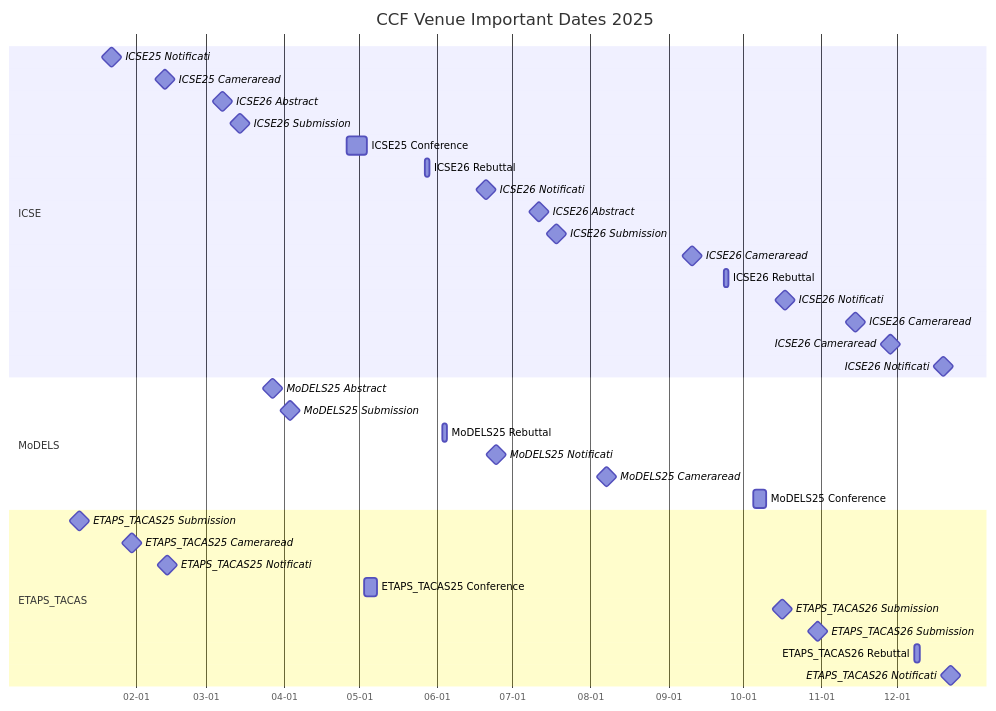
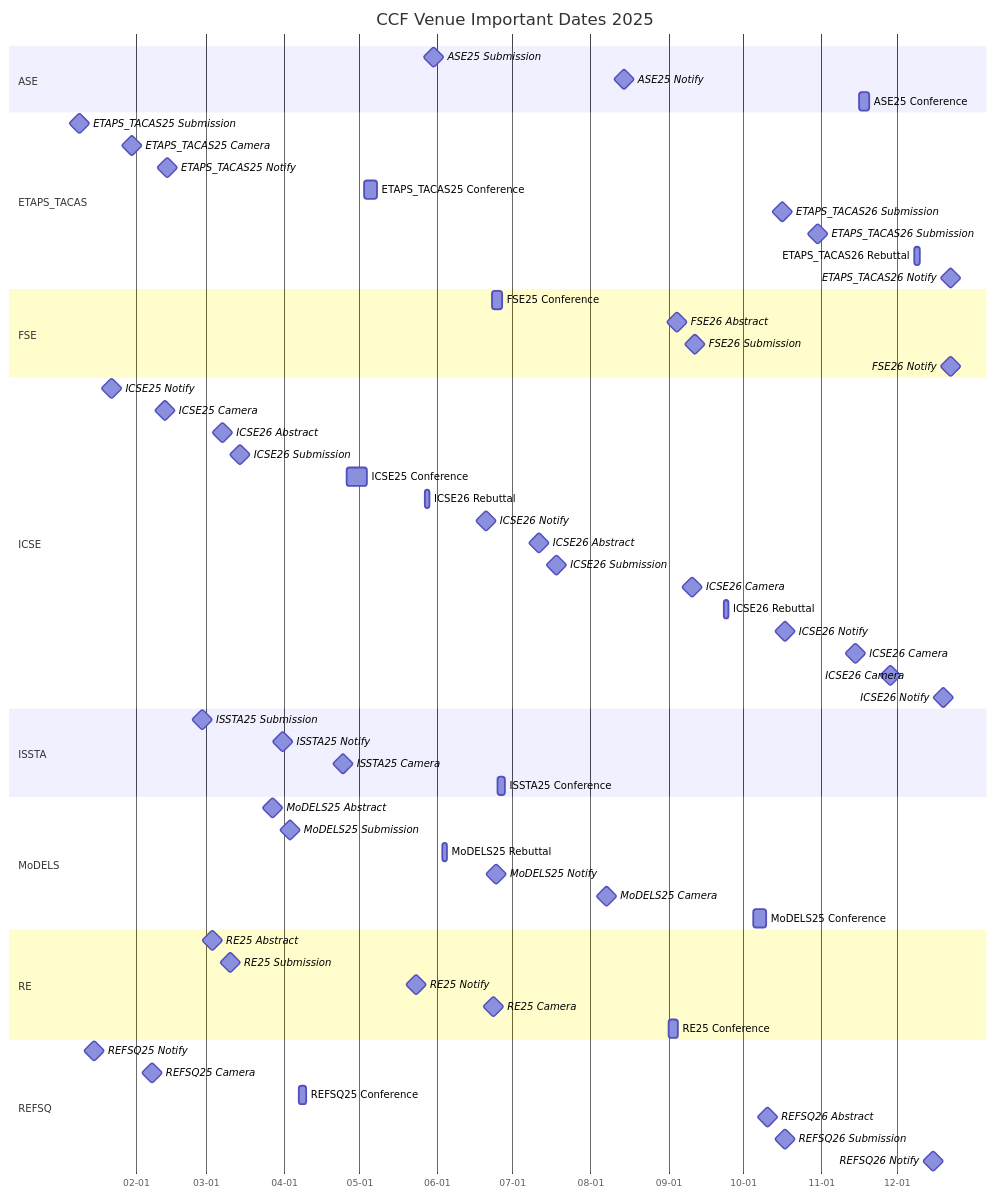
Before and after one commit to HansBug/research_ideas: the fourth of 9 diagrams in ccf_venues/TIMELINE.md, drawn with Mermaid. The commit also changed other lines of this file and 43 other files, not shown here.

````diff
--- a/ccf_venues/TIMELINE.md
+++ b/ccf_venues/TIMELINE.md
@@ -245,42 +332,74 @@
 ```mermaid
 gantt
   title CCF Venue Important Dates 2025
   dateFormat YYYY-MM-DD
   axisFormat %m-%d
 
+  section ASE
+  ASE25 Submission :milestone, ase_2025_1_20250530, 2025-05-30, 1d
+  ASE25 Notify :milestone, ase_2025_2_20250814, 2025-08-14, 1d
+  ASE25 Conference :ase_2025_3_20251116, 2025-11-16, 2025-11-20
+
+  section ETAPS_TACAS
+  ETAPS_TACAS25 Submission :milestone, etaps_tacas_2025_1_20250109, 2025-01-09, 1d
+  ETAPS_TACAS25 Camera :milestone, etaps_tacas_2025_2_20250130, 2025-01-30, 1d
+  ETAPS_TACAS25 Notify :milestone, etaps_tacas_2025_3_20250213, 2025-02-13, 1d
+  ETAPS_TACAS25 Conference :etaps_tacas_2025_4_20250503, 2025-05-03, 2025-05-08
+  ETAPS_TACAS26 Submission :milestone, etaps_tacas_2025_5_20251016, 2025-10-16, 1d
+  ETAPS_TACAS26 Submission :milestone, etaps_tacas_2025_6_20251030, 2025-10-30, 1d
+  ETAPS_TACAS26 Rebuttal :etaps_tacas_2025_7_20251208, 2025-12-08, 2025-12-10
+  ETAPS_TACAS26 Notify :milestone, etaps_tacas_2025_8_20251222, 2025-12-22, 1d
+
+  section FSE
+  FSE25 Conference :fse_2025_1_20250623, 2025-06-23, 2025-06-27
+  FSE26 Abstract :milestone, fse_2025_2_20250904, 2025-09-04, 1d
+  FSE26 Submission :milestone, fse_2025_3_20250911, 2025-09-11, 1d
+  FSE26 Notify :milestone, fse_2025_4_20251222, 2025-12-22, 1d
+
   section ICSE
-  ICSE25 Notificati :milestone, icse2025_1_20250122, 2025-01-22, 1d
-  ICSE25 Cameraread :milestone, icse2025_2_20250212, 2025-02-12, 1d
-  ICSE26 Abstract :milestone, icse2026_3_20250307, 2025-03-07, 1d
-  ICSE26 Submission :milestone, icse2026_4_20250314, 2025-03-14, 1d
-  ICSE25 Conference :icse2025_5_20250426, 2025-04-26, 2025-05-04
-  ICSE26 Rebuttal :icse2026_6_20250527, 2025-05-27, 2025-05-29
-  ICSE26 Notificati :milestone, icse2026_7_20250620, 2025-06-20, 1d
-  ICSE26 Abstract :milestone, icse2026_8_20250711, 2025-07-11, 1d
-  ICSE26 Submission :milestone, icse2026_9_20250718, 2025-07-18, 1d
-  ICSE26 Cameraread :milestone, icse2026_10_20250910, 2025-09-10, 1d
-  ICSE26 Rebuttal :icse2026_11_20250923, 2025-09-23, 2025-09-25
-  ICSE26 Notificati :milestone, icse2026_12_20251017, 2025-10-17, 1d
-  ICSE26 Cameraread :milestone, icse2026_13_20251114, 2025-11-14, 1d
-  ICSE26 Cameraread :milestone, icse2026_14_20251128, 2025-11-28, 1d
-  ICSE26 Notificati :milestone, icse2026_15_20251219, 2025-12-19, 1d
+  ICSE25 Notify :milestone, icse_2025_1_20250122, 2025-01-22, 1d
+  ICSE25 Camera :milestone, icse_2025_2_20250212, 2025-02-12, 1d
+  ICSE26 Abstract :milestone, icse_2025_3_20250307, 2025-03-07, 1d
+  ICSE26 Submission :milestone, icse_2025_4_20250314, 2025-03-14, 1d
+  ICSE25 Conference :icse_2025_5_20250426, 2025-04-26, 2025-05-04
+  ICSE26 Rebuttal :icse_2025_6_20250527, 2025-05-27, 2025-05-29
+  ICSE26 Notify :milestone, icse_2025_7_20250620, 2025-06-20, 1d
+  ICSE26 Abstract :milestone, icse_2025_8_20250711, 2025-07-11, 1d
+  ICSE26 Submission :milestone, icse_2025_9_20250718, 2025-07-18, 1d
+  ICSE26 Camera :milestone, icse_2025_10_20250910, 2025-09-10, 1d
+  ICSE26 Rebuttal :icse_2025_11_20250923, 2025-09-23, 2025-09-25
+  ICSE26 Notify :milestone, icse_2025_12_20251017, 2025-10-17, 1d
+  ICSE26 Camera :milestone, icse_2025_13_20251114, 2025-11-14, 1d
+  ICSE26 Camera :milestone, icse_2025_14_20251128, 2025-11-28, 1d
+  ICSE26 Notify :milestone, icse_2025_15_20251219, 2025-12-19, 1d
+
+  section ISSTA
+  ISSTA25 Submission :milestone, issta_2025_1_20250227, 2025-02-27, 1d
+  ISSTA25 Notify :milestone, issta_2025_2_20250331, 2025-03-31, 1d
+  ISSTA25 Camera :milestone, issta_2025_3_20250424, 2025-04-24, 1d
+  ISSTA25 Conference :issta_2025_4_20250625, 2025-06-25, 2025-06-28
 
   section MoDELS
-  MoDELS25 Abstract :milestone, models2025_1_20250327, 2025-03-27, 1d
-  MoDELS25 Submission :milestone, models2025_2_20250403, 2025-04-03, 1d
-  MoDELS25 Rebuttal :models2025_3_20250603, 2025-06-03, 2025-06-05
-  MoDELS25 Notificati :milestone, models2025_4_20250624, 2025-06-24, 1d
-  MoDELS25 Cameraread :milestone, models2025_5_20250807, 2025-08-07, 1d
-  MoDELS25 Conference :models2025_6_20251005, 2025-10-05, 2025-10-10
+  MoDELS25 Abstract :milestone, models_2025_1_20250327, 2025-03-27, 1d
+  MoDELS25 Submission :milestone, models_2025_2_20250403, 2025-04-03, 1d
+  MoDELS25 Rebuttal :models_2025_3_20250603, 2025-06-03, 2025-06-05
+  MoDELS25 Notify :milestone, models_2025_4_20250624, 2025-06-24, 1d
+  MoDELS25 Camera :milestone, models_2025_5_20250807, 2025-08-07, 1d
+  MoDELS25 Conference :models_2025_6_20251005, 2025-10-05, 2025-10-10
 
-  section ETAPS_TACAS
-  ETAPS_TACAS25 Submission :milestone, etaps2025_1_20250109, 2025-01-09, 1d
-  ETAPS_TACAS25 Cameraread :milestone, etaps2025_2_20250130, 2025-01-30, 1d
-  ETAPS_TACAS25 Notificati :milestone, etaps2025_3_20250213, 2025-02-13, 1d
-  ETAPS_TACAS25 Conference :etaps2025_4_20250503, 2025-05-03, 2025-05-08
-  ETAPS_TACAS26 Submission :milestone, etaps2026_5_20251016, 2025-10-16, 1d
-  ETAPS_TACAS26 Submission :milestone, etaps2026_6_20251030, 2025-10-30, 1d
-  ETAPS_TACAS26 Rebuttal :etaps2026_7_20251208, 2025-12-08, 2025-12-10
-  ETAPS_TACAS26 Notificati :milestone, etaps2026_8_20251222, 2025-12-22, 1d
+  section RE
+  RE25 Abstract :milestone, re_2025_1_20250303, 2025-03-03, 1d
+  RE25 Submission :milestone, re_2025_2_20250310, 2025-03-10, 1d
+  RE25 Notify :milestone, re_2025_3_20250523, 2025-05-23, 1d
+  RE25 Camera :milestone, re_2025_4_20250623, 2025-06-23, 1d
+  RE25 Conference :re_2025_5_20250901, 2025-09-01, 2025-09-05
+
+  section REFSQ
+  REFSQ25 Notify :milestone, refsq_2025_1_20250115, 2025-01-15, 1d
+  REFSQ25 Camera :milestone, refsq_2025_2_20250207, 2025-02-07, 1d
+  REFSQ25 Conference :refsq_2025_3_20250407, 2025-04-07, 2025-04-10
+  REFSQ26 Abstract :milestone, refsq_2025_4_20251010, 2025-10-10, 1d
+  REFSQ26 Submission :milestone, refsq_2025_5_20251017, 2025-10-17, 1d
+  REFSQ26 Notify :milestone, refsq_2025_6_20251215, 2025-12-15, 1d
 
 ```
````
